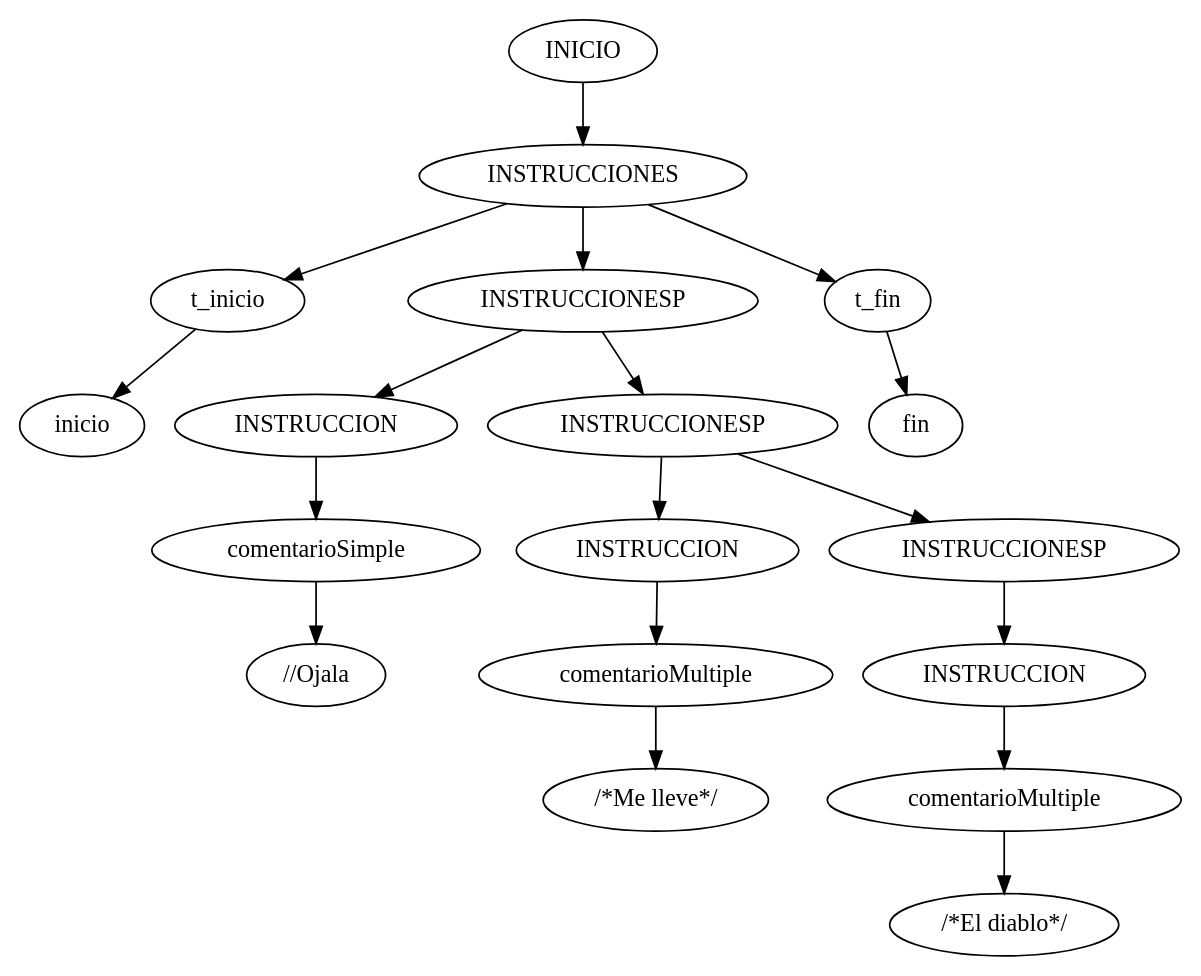
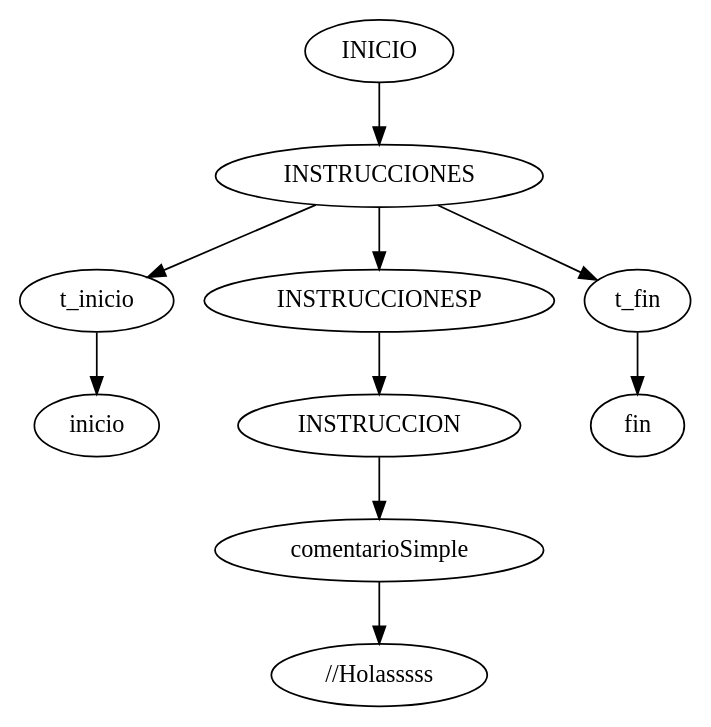
Before and after one commit to LuisaMariaO/OLC1-202003381: the diagram in Proyecto 1/[OLC1]-Proyecto1/reportes/ast.dot, drawn with Graphviz. The commit also changed 2 other files, not shown here.

```diff
--- a/Proyecto 1/[OLC1]-Proyecto1/reportes/ast.dot
+++ b/Proyecto 1/[OLC1]-Proyecto1/reportes/ast.dot
@@ -1,37 +1,21 @@
 digraph G{
-"node969335472" [ label = "INICIO",];
-"node570775024" [ label = "INSTRUCCIONES",];
-"node2012141275" [ label = "t_inicio",];
-"node1283494758" [ label = "inicio",];
-"node2012141275" -> "node1283494758" [ label = "",];
-"node570775024" -> "node2012141275" [ label = "",];
-"node1121794852" [ label = "INSTRUCCIONESP",];
-"node1258245210" [ label = "INSTRUCCION",];
-"node1260782544" [ label = "comentarioSimple",];
-"node66433649" [ label = "//Ojala",];
-"node1260782544" -> "node66433649" [ label = "",];
-"node1258245210" -> "node1260782544" [ label = "",];
-"node1121794852" -> "node1258245210" [ label = "",];
-"node677035312" [ label = "INSTRUCCIONESP",];
-"node418888189" [ label = "INSTRUCCION",];
-"node1672741296" [ label = "comentarioMultiple",];
-"node1308381581" [ label = "/*Me lleve*/",];
-"node1672741296" -> "node1308381581" [ label = "",];
-"node418888189" -> "node1672741296" [ label = "",];
-"node677035312" -> "node418888189" [ label = "",];
-"node817026623" [ label = "INSTRUCCIONESP",];
-"node355445125" [ label = "INSTRUCCION",];
-"node1448448785" [ label = "comentarioMultiple",];
-"node2039136367" [ label = "/*El diablo*/",];
-"node1448448785" -> "node2039136367" [ label = "",];
-"node355445125" -> "node1448448785" [ label = "",];
-"node817026623" -> "node355445125" [ label = "",];
-"node677035312" -> "node817026623" [ label = "",];
-"node1121794852" -> "node677035312" [ label = "",];
-"node570775024" -> "node1121794852" [ label = "",];
-"node1605362255" [ label = "t_fin",];
-"node933497790" [ label = "fin",];
-"node1605362255" -> "node933497790" [ label = "",];
-"node570775024" -> "node1605362255" [ label = "",];
-"node969335472" -> "node570775024" [ label = "",];
+"node1152382450" [ label = "INICIO",];
+"node1964621840" [ label = "INSTRUCCIONES",];
+"node1666926949" [ label = "t_inicio",];
+"node70308635" [ label = "inicio",];
+"node1666926949" -> "node70308635" [ label = "",];
+"node1964621840" -> "node1666926949" [ label = "",];
+"node1057728010" [ label = "INSTRUCCIONESP",];
+"node69855419" [ label = "INSTRUCCION",];
+"node1031833914" [ label = "comentarioSimple",];
+"node1059728794" [ label = "//Holasssss",];
+"node1031833914" -> "node1059728794" [ label = "",];
+"node69855419" -> "node1031833914" [ label = "",];
+"node1057728010" -> "node69855419" [ label = "",];
+"node1964621840" -> "node1057728010" [ label = "",];
+"node1576265603" [ label = "t_fin",];
+"node374644918" [ label = "fin",];
+"node1576265603" -> "node374644918" [ label = "",];
+"node1964621840" -> "node1576265603" [ label = "",];
+"node1152382450" -> "node1964621840" [ label = "",];
 }
```
